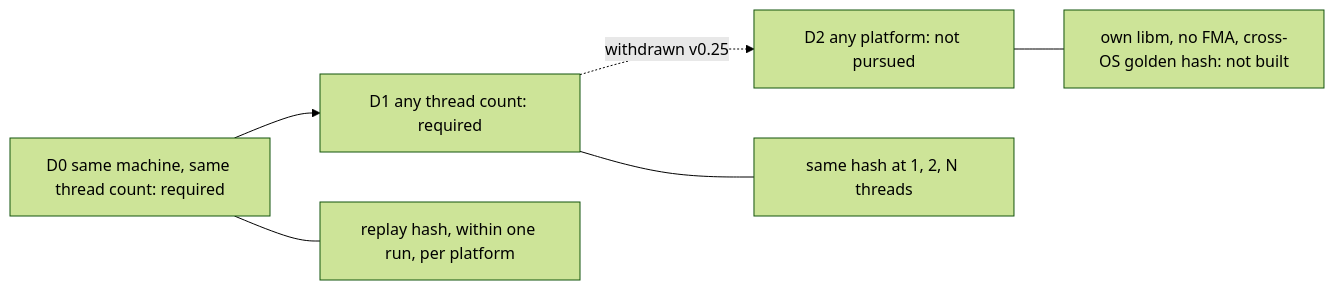
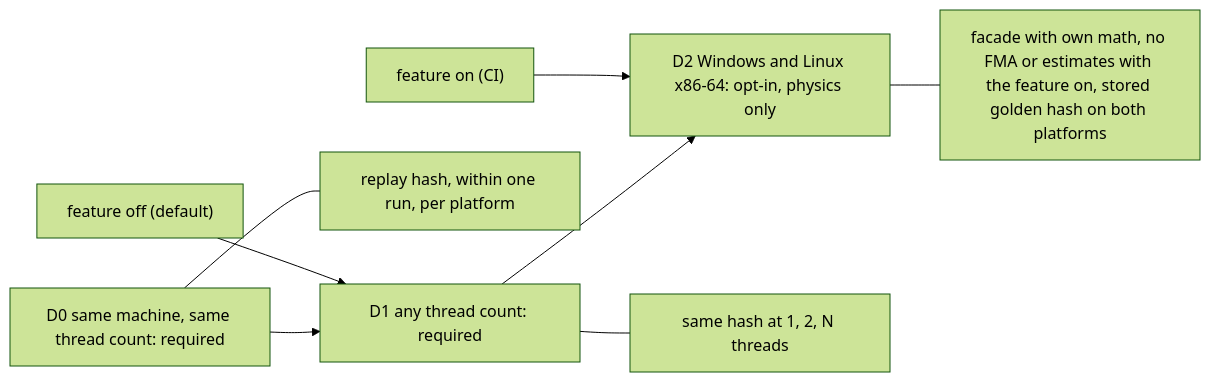
The first of 3 diagrams in wiki/architecture/physics.md (giamat90/DuckEngine), drawn with Mermaid (forest theme) before and after one commit. The commit also changed other lines of this file and 14 other files, not shown here.

Commit message:
docs(governance): physics determinism D2 returns, opt-in, physics only (1-23) (#62)

````diff
--- a/wiki/architecture/physics.md
+++ b/wiki/architecture/physics.md
@@ -39,8 +39,10 @@
 ```mermaid
 flowchart LR
   D0["D0 same machine, same thread count: required"] --> D1["D1 any thread count: required"]
-  D1 -.->|"withdrawn v0.25"| D2["D2 any platform: not pursued"]
+  D1 --> D2["D2 Windows and Linux x86-64: opt-in, physics only"]
   D0 --- T0["replay hash, within one run, per platform"]
   D1 --- T1["same hash at 1, 2, N threads"]
-  D2 --- T2["own libm, no FMA, cross-OS golden hash: not built"]
+  D2 --- T2["facade with own math, no FMA or estimates with the feature on, stored golden hash on both platforms"]
+  Off["feature off (default)"] --> D1
+  On["feature on (CI)"] --> D2
 ```
````
